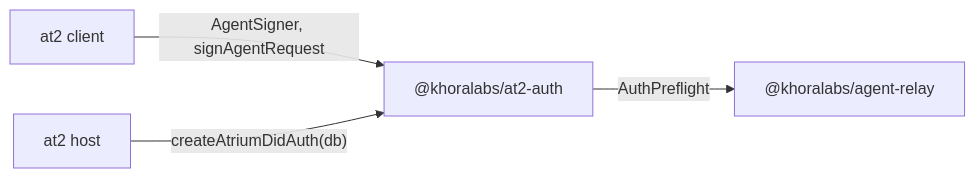
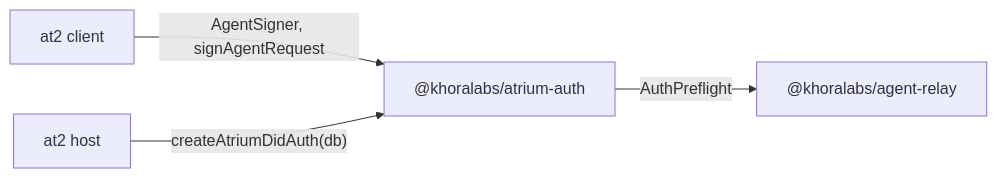
One commit to khoralabs/khora changed the diagram in packages/atrium/auth/README.md. Above: the diagram before and after it, drawn with Mermaid. The commit also changed other lines of this file and 93 other files, not shown here.

````diff
--- a/packages/atrium/auth/README.md
+++ b/packages/atrium/auth/README.md
@@ -15,6 +15,6 @@
 ```mermaid
 graph LR
-  client["at2 client"] -->|"AgentSigner, signAgentRequest"| auth["@khoralabs/at2-auth"]
+  client["at2 client"] -->|"AgentSigner, signAgentRequest"| auth["@khoralabs/atrium-auth"]
   host["at2 host"] -->|"createAtriumDidAuth(db)"| auth
   auth -->|"AuthPreflight"| relay["@khoralabs/agent-relay"]
 ```
````
